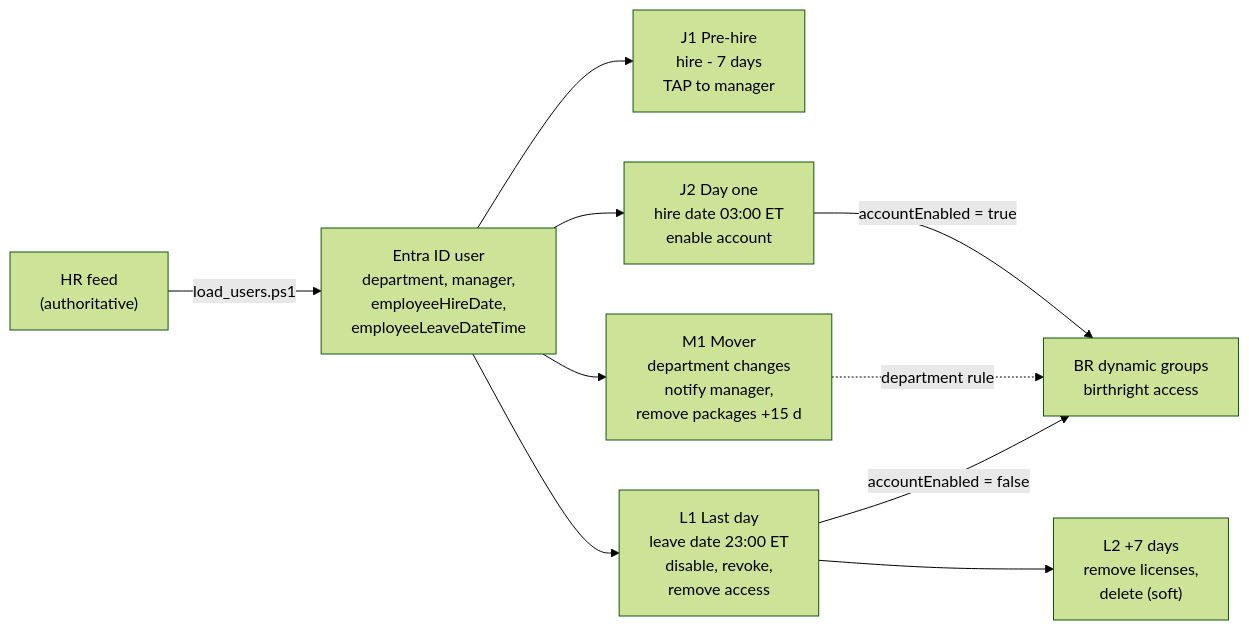
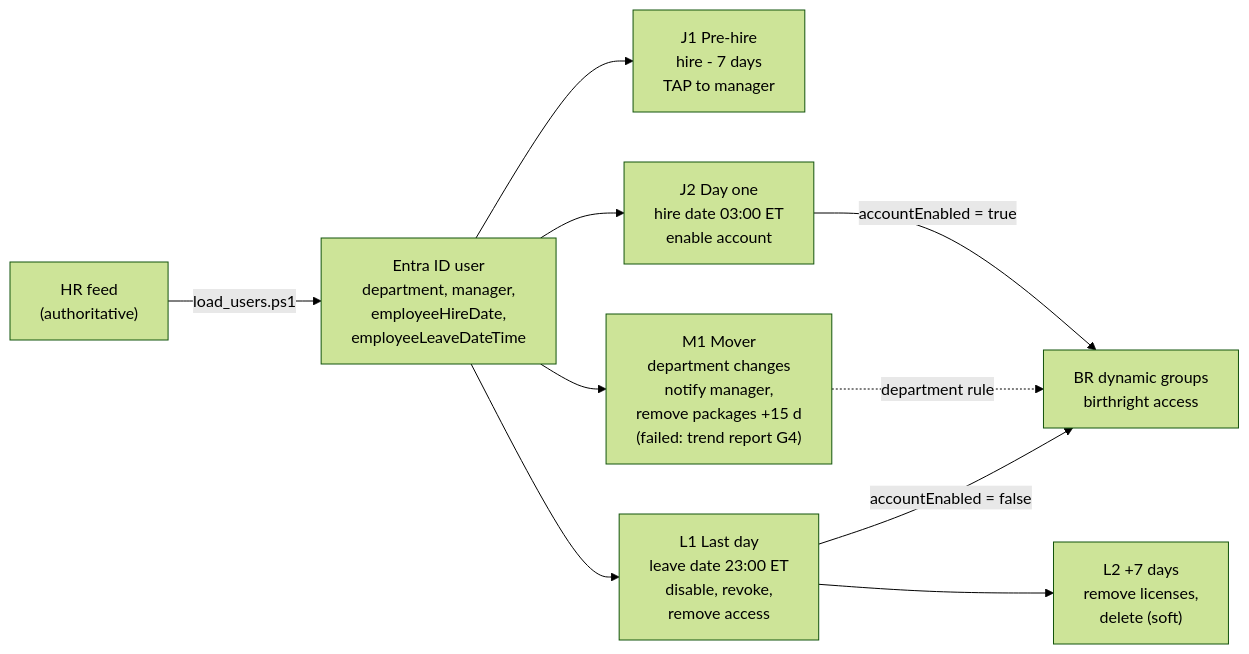
Before and after one commit to Connor-Metzger/entra-governance: the diagram in docs/jml-process.md, drawn with Mermaid (forest theme). The commit also changed other lines of this file and 3 other files, not shown here.

Commit message:
M4.3: governance trend report (G1-G8, escalation table); correct M1 15-day removal claim in JML and access-package docs

````diff
--- a/docs/jml-process.md
+++ b/docs/jml-process.md
@@ -17,12 +17,12 @@
 ```mermaid
 flowchart LR
     HR["HR feed<br/>(authoritative)"] -->|load_users.ps1| ENTRA["Entra ID user<br/>department, manager,<br/>employeeHireDate,<br/>employeeLeaveDateTime"]
     ENTRA --> J1["J1 Pre-hire<br/>hire - 7 days<br/>TAP to manager"]
     ENTRA --> J2["J2 Day one<br/>hire date 03:00 ET<br/>enable account"]
-    ENTRA --> M1["M1 Mover<br/>department changes<br/>notify manager,<br/>remove packages +15 d"]
+    ENTRA --> M1["M1 Mover<br/>department changes<br/>notify manager,<br/>remove packages +15 d<br/>(failed: trend report G4)"]
     ENTRA --> L1["L1 Last day<br/>leave date 23:00 ET<br/>disable, revoke,<br/>remove access"]
     L1 --> L2["L2 +7 days<br/>remove licenses,<br/>delete (soft)"]
     J2 -->|accountEnabled = true| BR["BR dynamic groups<br/>birthright access"]
     M1 -.->|department rule| BR
     L1 -->|accountEnabled = false| BR
 ```
````
